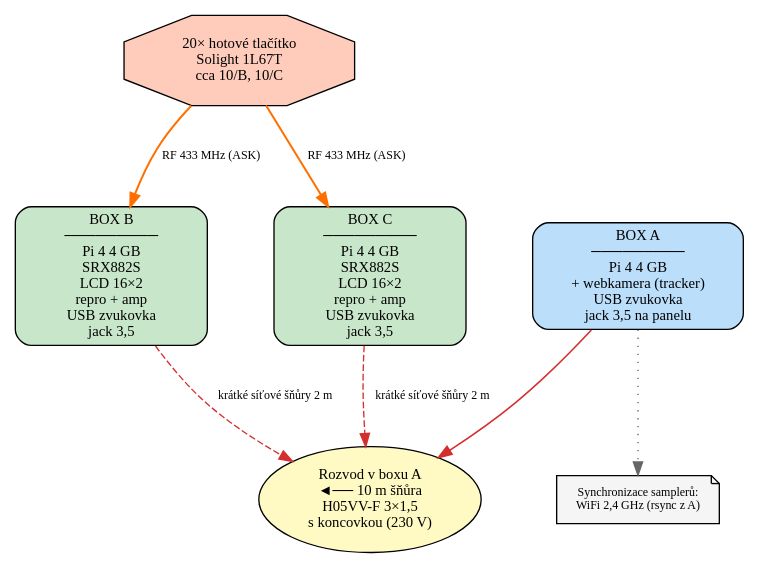
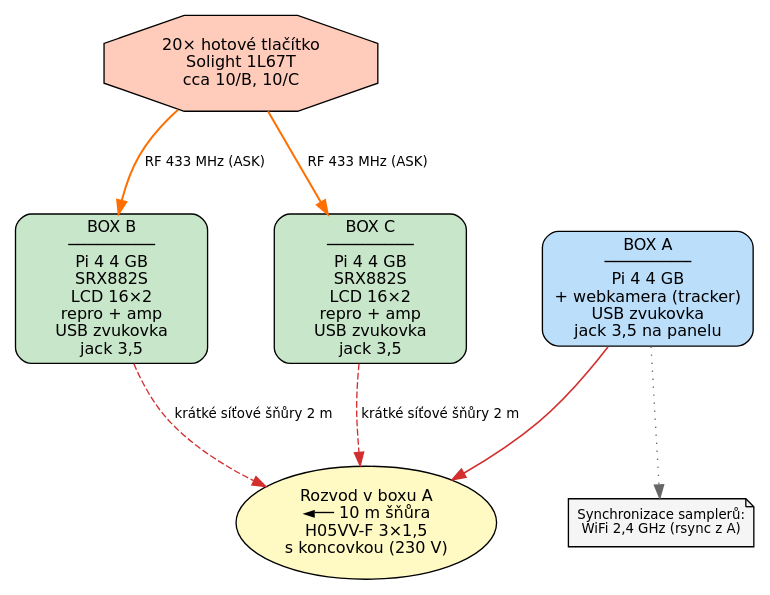
The diagram in docs/dot/hw_01_architecture.dot (K0F/1938_ABC), drawn with Graphviz before and after one commit. The commit also changed 20 other files, not shown here.

First line of the commit message:
docs: fix PDF rendering, readable diagram fonts, own PSU per box

```diff
--- a/docs/dot/hw_01_architecture.dot
+++ b/docs/dot/hw_01_architecture.dot
@@ -1,30 +1,30 @@
 // HW §1 — Architektura a role boxů (3-box topology)
 digraph G {
-    graph [fontname="Terminus" rankdir=TB bgcolor="white" nodesep=0.7 ranksep=0.9];
-node [fontname="Terminus" fontsize=11 style="filled"];
-edge [fontname="Terminus" fontsize=9];
+    graph [fontname="DejaVu Sans" rankdir=TB bgcolor="white" nodesep=0.7 ranksep=0.9];
+node [fontname="DejaVu Sans" fontsize=12 style="filled"];
+edge [fontname="DejaVu Sans" fontsize=10];
 
 // Tlačítka
 tlačítka [label="20× hotové tlačítko\nSolight 1L67T\ncca 10/B, 10/C" shape=octagon style="filled" fillcolor="#ffccbc" width=2.2];
 
 // Boxes
 boxB [label="BOX B\n─────────\nPi 4 4 GB\nSRX882S\nLCD 16×2\nrepro + amp\nUSB zvukovka\njack 3,5" shape=box style="filled,rounded" fillcolor="#c8e6c9" width=2];
 boxC [label="BOX C\n─────────\nPi 4 4 GB\nSRX882S\nLCD 16×2\nrepro + amp\nUSB zvukovka\njack 3,5" shape=box style="filled,rounded" fillcolor="#c8e6c9" width=2];
 boxA [label="BOX A\n─────────\nPi 4 4 GB\n+ webkamera (tracker)\nUSB zvukovka\njack 3,5 na panelu" shape=box style="filled,rounded" fillcolor="#bbdefb" width=2.2];
 
 // Power
 rozvod [label="Rozvod v boxu A\n◄── 10 m šňůra\nH05VV-F 3×1,5\ns koncovkou (230 V)" shape=oval fillcolor="#fff9c4"];
 
 // RF
 tlačítka -> boxB [label="  RF 433 MHz (ASK)  " color="#ff6f00" penwidth=1.5 style=bold];
 tlačítka -> boxC [label="  RF 433 MHz (ASK)  " color="#ff6f00" penwidth=1.5 style=bold];
 
 // Power
 boxA -> rozvod [label="  " color="#d32f2f" penwidth=1.2];
 boxB -> rozvod [label="  krátké síťové šňůry 2 m  " color="#d32f2f" penwidth=1.0 style=dashed];
 boxC -> rozvod [label="  krátké síťové šňůry 2 m  " color="#d32f2f" penwidth=1.0 style=dashed];
 
 // Note
-note [label="Synchronizace samplerů:\nWiFi 2,4 GHz (rsync z A)" shape=note fillcolor="#f5f5f5" fontsize=9];
+note [label="Synchronizace samplerů:\nWiFi 2,4 GHz (rsync z A)" shape=note fillcolor="#f5f5f5" fontsize=10];
 boxA -> note [style=dotted color="#666666"];
 }
```
